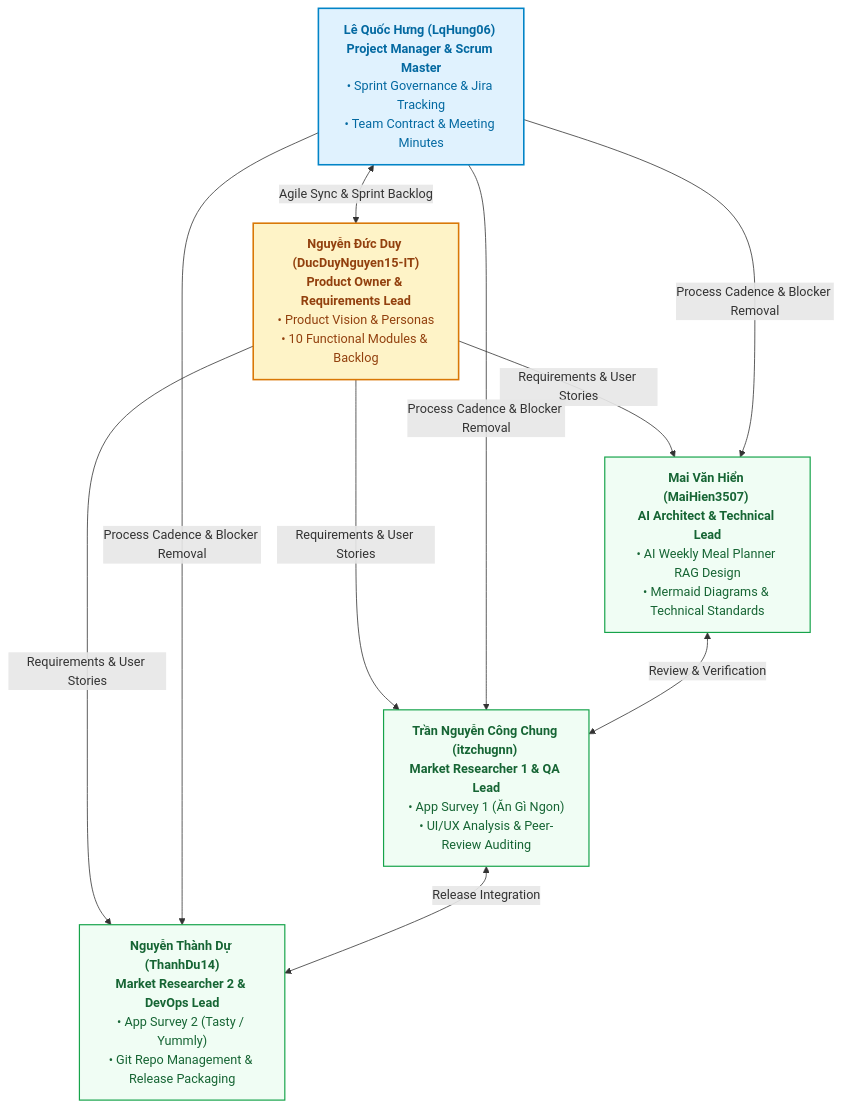
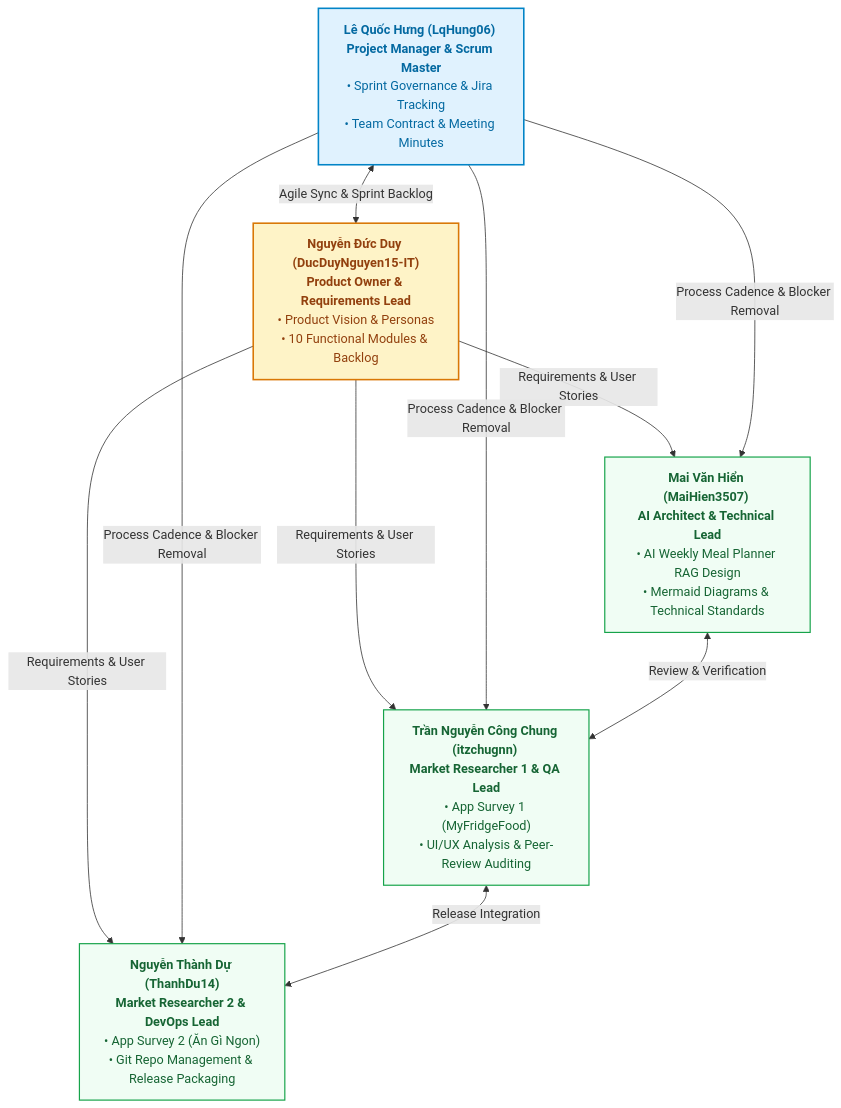
Before and after one commit to ThanhDu14/WikiCook: the first of 3 diagrams in docs/management/team-contract.md, drawn with Mermaid. The commit also changed other lines of this file and 28 other files, not shown here.

````diff
--- a/docs/management/team-contract.md
+++ b/docs/management/team-contract.md
@@ -20,28 +20,28 @@
 ```mermaid
 flowchart TD
     %% Agile & Product Leadership
     SM["<b>Lê Quốc Hưng (LqHung06)</b> <br/><b>Project Manager & Scrum Master</b><br/>• Sprint Governance & Jira Tracking<br/>• Team Contract & Meeting Minutes"]
     PO["<b>Nguyễn Đức Duy (DucDuyNguyen15-IT)</b><br/><b>Product Owner & Requirements Lead</b><br/>• Product Vision & Personas<br/>• 10 Functional Modules & Backlog"]
 
     %% Cross-Functional Engineering & Delivery Squad
     TECH["<b>Mai Văn Hiển (MaiHien3507)</b> <br/><b>AI Architect & Technical Lead</b><br/>• AI Weekly Meal Planner RAG Design<br/>• Mermaid Diagrams & Technical Standards"]
-    QA["<b>Trần Nguyễn Công Chung (itzchugnn)</b> <br/><b>Market Researcher 1 & QA Lead</b><br/>• App Survey 1 (Ăn Gì Ngon)<br/>• UI/UX Analysis & Peer-Review Auditing"]
-    DEVOPS["<b>Nguyễn Thành Dự (ThanhDu14)</b><br/><b>Market Researcher 2 & DevOps Lead</b><br/>• App Survey 2 (Tasty / Yummly)<br/>• Git Repo Management & Release Packaging"]
+    QA["<b>Trần Nguyễn Công Chung (itzchugnn)</b> <br/><b>Market Researcher 1 & QA Lead</b><br/>• App Survey 1 (MyFridgeFood)<br/>• UI/UX Analysis & Peer-Review Auditing"]
+    DEVOPS["<b>Nguyễn Thành Dự (ThanhDu14)</b><br/><b>Market Researcher 2 & DevOps Lead</b><br/>• App Survey 2 (Ăn Gì Ngon)<br/>• Git Repo Management & Release Packaging"]
 
     %% Agile Relationships & Interactions
     SM <-->|"Agile Sync & Sprint Backlog"| PO
     PO -->|"Requirements & User Stories"| TECH & QA & DEVOPS
     SM -->|"Process Cadence & Blocker Removal"| TECH & QA & DEVOPS
 
     TECH <-->|"Review & Verification"| QA
     QA <-->|"Release Integration"| DEVOPS
 
     %% Visual Styling
     classDef smStyle fill:#e0f2fe,stroke:#0284c7,stroke-width:2px,color:#0369a1;
     classDef poStyle fill:#fef3c7,stroke:#d97706,stroke-width:2px,color:#92400e;
     classDef devStyle fill:#f0fdf4,stroke:#16a34a,stroke-width:1.5px,color:#166534;
 
     class SM smStyle;
     class PO poStyle;
     class TECH,QA,DEVOPS devStyle;
 ```
````
